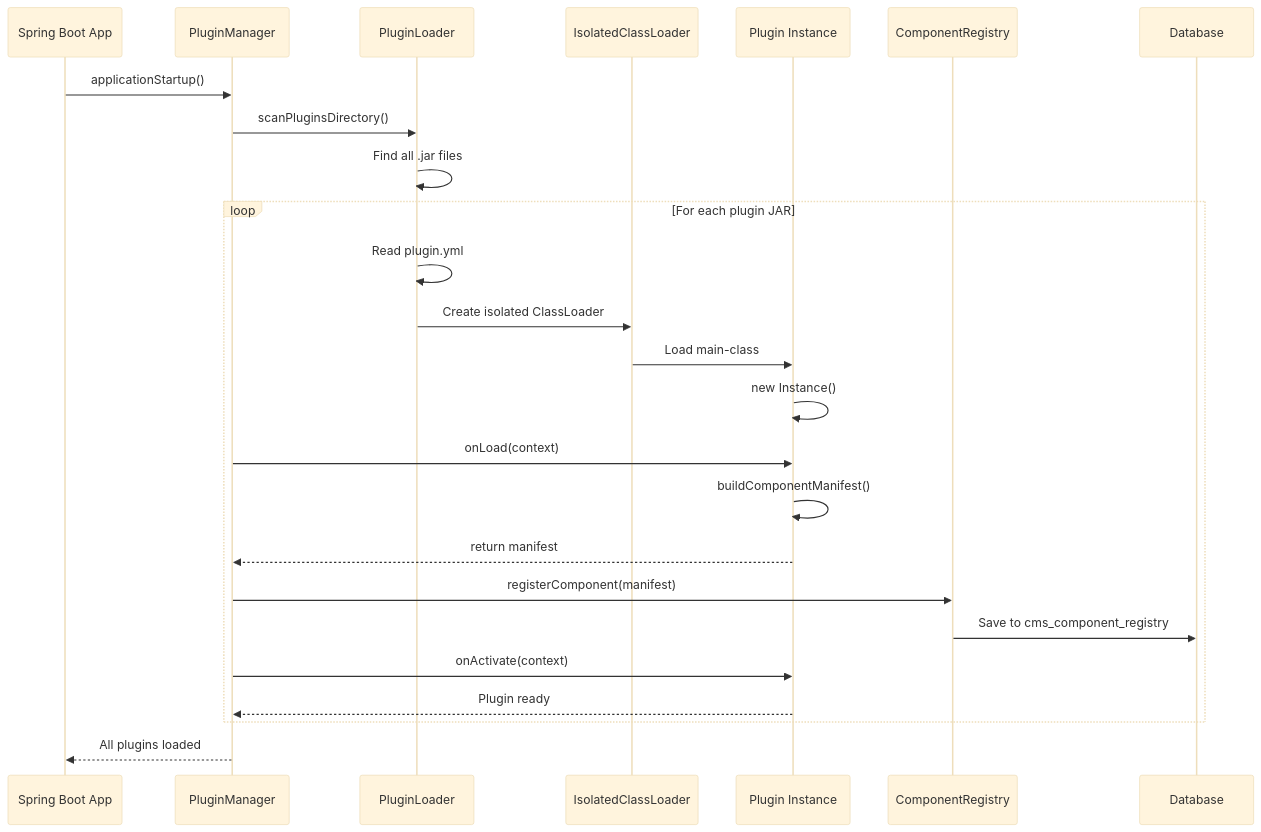
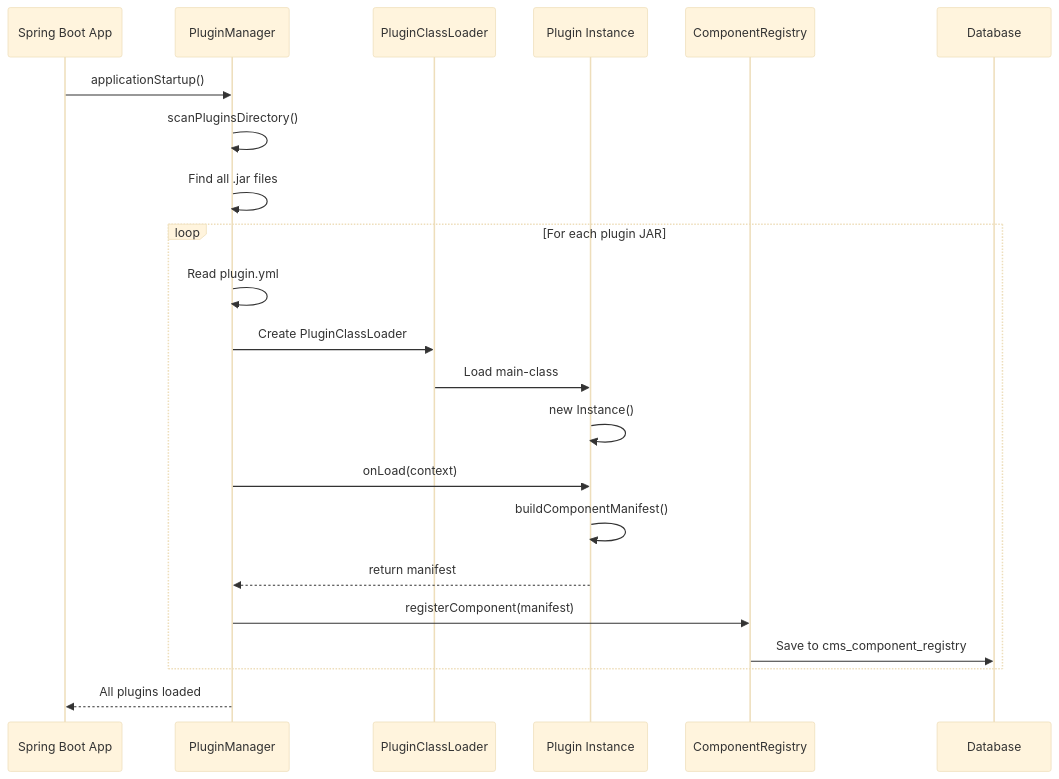
Diagram 11 of 18 in docs/architecture/arc42/05-building-block-view.md (Visual-Site-Designer-VSD/visual-site-designer), drawn with Mermaid (base theme) before and after one commit. The commit also changed other lines of this file and 15 other files, not shown here.

````diff
--- a/docs/architecture/arc42/05-building-block-view.md
+++ b/docs/architecture/arc42/05-building-block-view.md
@@ -837,33 +849,29 @@
 ```mermaid
 sequenceDiagram
     participant App as Spring Boot App
     participant PM as PluginManager
-    participant PL as PluginLoader
-    participant CL as IsolatedClassLoader
+    participant CL as PluginClassLoader
     participant Plugin as Plugin Instance
     participant CR as ComponentRegistry
     participant DB as Database
 
     App->>PM: applicationStartup()
-    PM->>PL: scanPluginsDirectory()
-    PL->>PL: Find all .jar files
+    PM->>PM: scanPluginsDirectory()
+    PM->>PM: Find all .jar files
 
     loop For each plugin JAR
-        PL->>PL: Read plugin.yml
-        PL->>CL: Create isolated ClassLoader
+        PM->>PM: Read plugin.yml
+        PM->>CL: Create PluginClassLoader
         CL->>Plugin: Load main-class
         Plugin->>Plugin: new Instance()
 
         PM->>Plugin: onLoad(context)
         Plugin->>Plugin: buildComponentManifest()
         Plugin-->>PM: return manifest
 
         PM->>CR: registerComponent(manifest)
         CR->>DB: Save to cms_component_registry
-
-        PM->>Plugin: onActivate(context)
-        Plugin-->>PM: Plugin ready
     end
 
     PM-->>App: All plugins loaded
 ```
````
